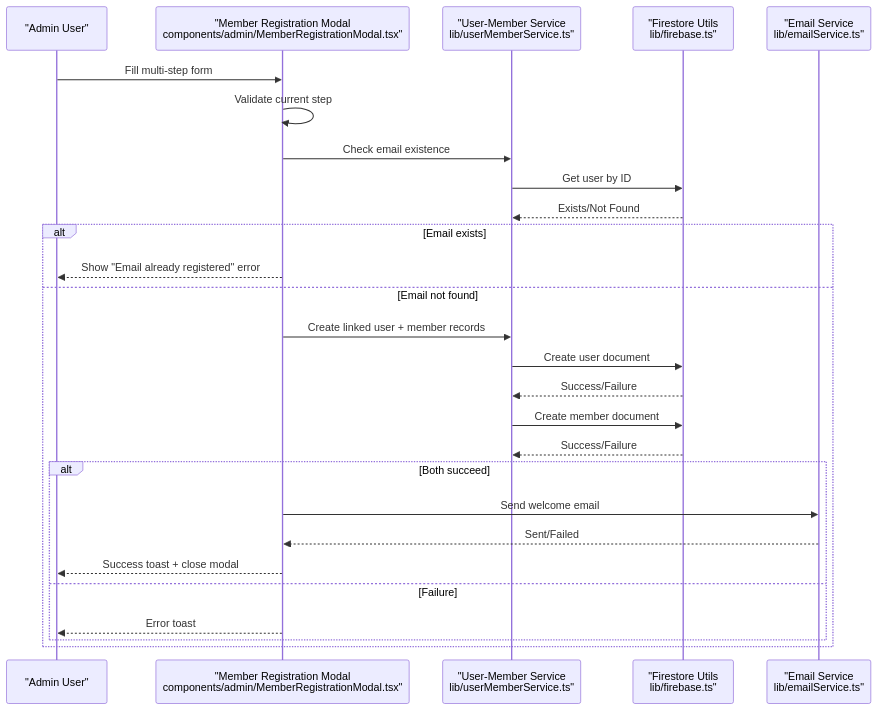
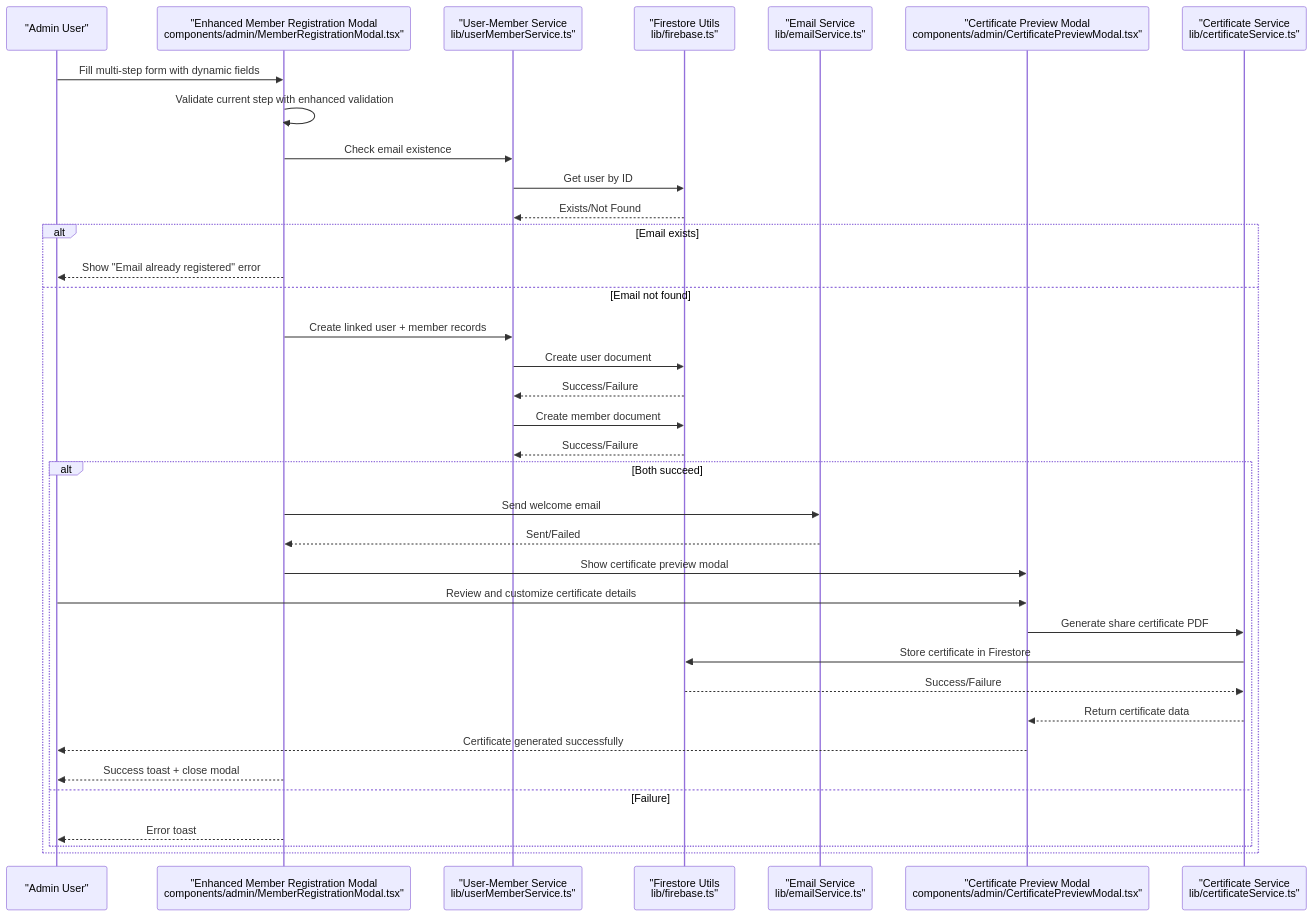
One commit to Unsure-bry/sampacoop_system changed the second of 6 diagrams in .qoder/repowiki/en/content/Member Management System/Member Registration Workflow.md. Above: the diagram before and after it, drawn with Mermaid. The commit also changed other lines of this file and 24 other files, not shown here.

````diff
--- a/.qoder/repowiki/en/content/Member Management System/Member Registration Workflow.md
+++ b/.qoder/repowiki/en/content/Member Management System/Member Registration Workflow.md
@@ -165,29 +169,38 @@
 ```mermaid
 sequenceDiagram
 participant Admin as "Admin User"
-participant Modal as "Member Registration Modal<br/>components/admin/MemberRegistrationModal.tsx"
+participant Modal as "Enhanced Member Registration Modal<br/>components/admin/MemberRegistrationModal.tsx"
 participant UMS as "User-Member Service<br/>lib/userMemberService.ts"
 participant FS as "Firestore Utils<br/>lib/firebase.ts"
 participant Email as "Email Service<br/>lib/emailService.ts"
-Admin->>Modal : Fill multi-step form
-Modal->>Modal : Validate current step
+participant CPV as "Certificate Preview Modal<br/>components/admin/CertificatePreviewModal.tsx"
+participant CertSvc as "Certificate Service<br/>lib/certificateService.ts"
+Admin->>Modal : Fill multi-step form with dynamic fields
+Modal->>Modal : Validate current step with enhanced validation
 Modal->>UMS : Check email existence
 UMS->>FS : Get user by ID
 FS-->>UMS : Exists/Not Found
 alt Email exists
 Modal-->>Admin : Show "Email already registered" error
 else Email not found
 Modal->>UMS : Create linked user + member records
 UMS->>FS : Create user document
 FS-->>UMS : Success/Failure
 UMS->>FS : Create member document
 FS-->>UMS : Success/Failure
 alt Both succeed
 Modal->>Email : Send welcome email
 Email-->>Modal : Sent/Failed
+Modal->>CPV : Show certificate preview modal
+Admin->>CPV : Review and customize certificate details
+CPV->>CertSvc : Generate share certificate PDF
+CertSvc->>FS : Store certificate in Firestore
+FS-->>CertSvc : Success/Failure
+CertSvc-->>CPV : Return certificate data
+CPV-->>Admin : Certificate generated successfully
 Modal-->>Admin : Success toast + close modal
 else Failure
 Modal-->>Admin : Error toast
 end
 end
 ```
````
